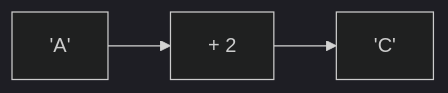
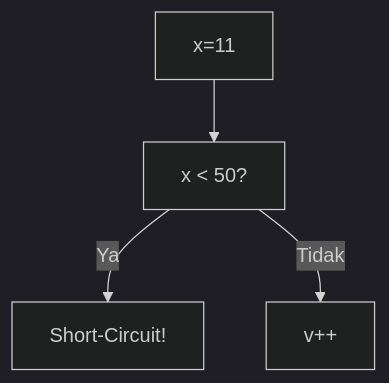
One commit to amnahwaida/OSNK_INF_PREP changed the sixth of 25 diagrams in part-c-pemahaman-cpp/02-percabangan/latihan/set-07.md. Above: the diagram before and after it, drawn with Mermaid (dark theme). The commit also changed other lines of this file and 71 other files, not shown here.

````diff
--- a/part-c-pemahaman-cpp/02-percabangan/latihan/set-07.md
+++ b/part-c-pemahaman-cpp/02-percabangan/latihan/set-07.md
@@ -152,5 +161,6 @@
 ```mermaid
-graph LR
-A["'A'"] --> B["+ 2"]
-B --> C["'C'"]
+graph TD
+A["x=11"] --> B["x < 50?"]
+B -- Ya --> C["Short-Circuit!"]
+B -- Tidak --> D["v++"]
 ```
````
